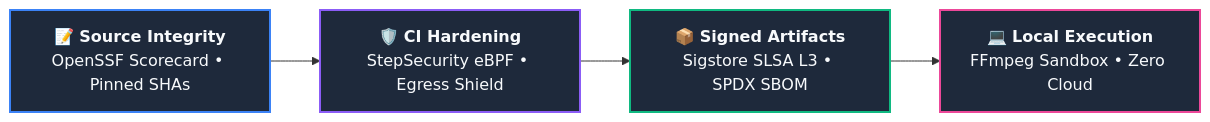
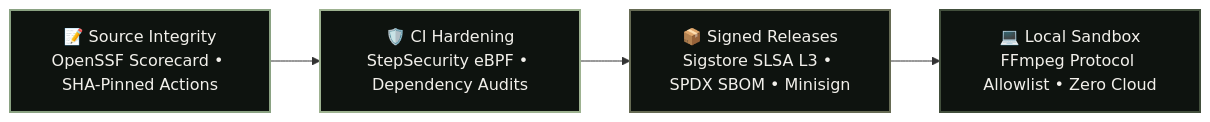
Before and after one commit to akshatrawat095/compress-io: the diagram in README.md, drawn with Mermaid. The commit also changed other lines of this file, not shown here.

````diff
--- a/README.md
+++ b/README.md
@@ -81,12 +101,12 @@
 ```mermaid
 flowchart LR
-    A["📝 <b>Source Integrity</b><br/>OpenSSF Scorecard • Pinned SHAs"]
-    --> B["🛡️ <b>CI Hardening</b><br/>StepSecurity eBPF • Egress Shield"]
-    --> C["📦 <b>Signed Artifacts</b><br/>Sigstore SLSA L3 • SPDX SBOM"]
-    --> D["💻 <b>Local Execution</b><br/>FFmpeg Sandbox • Zero Cloud"]
+    A["📝 Source Integrity<br/>OpenSSF Scorecard • SHA-Pinned Actions"]
+    --> B["🛡️ CI Hardening<br/>StepSecurity eBPF • Dependency Audits"]
+    --> C["📦 Signed Releases<br/>Sigstore SLSA L3 • SPDX SBOM • Minisign"]
+    --> D["💻 Local Sandbox<br/>FFmpeg Protocol Allowlist • Zero Cloud"]
 
-    style A fill:#1e293b,stroke:#3b82f6,stroke-width:2px,color:#f8fafc
-    style B fill:#1e293b,stroke:#8b5cf6,stroke-width:2px,color:#f8fafc
-    style C fill:#1e293b,stroke:#10b981,stroke-width:2px,color:#f8fafc
-    style D fill:#1e293b,stroke:#ec4899,stroke-width:2px,color:#f8fafc
+    style A fill:#0E130F,stroke:#8AA282,stroke-width:2px,color:#F2F0EB
+    style B fill:#0E130F,stroke:#9DB290,stroke-width:2px,color:#F2F0EB
+    style C fill:#0E130F,stroke:#666B54,stroke-width:2px,color:#F2F0EB
+    style D fill:#0E130F,stroke:#424F3C,stroke-width:2px,color:#F2F0EB
 ```
````
